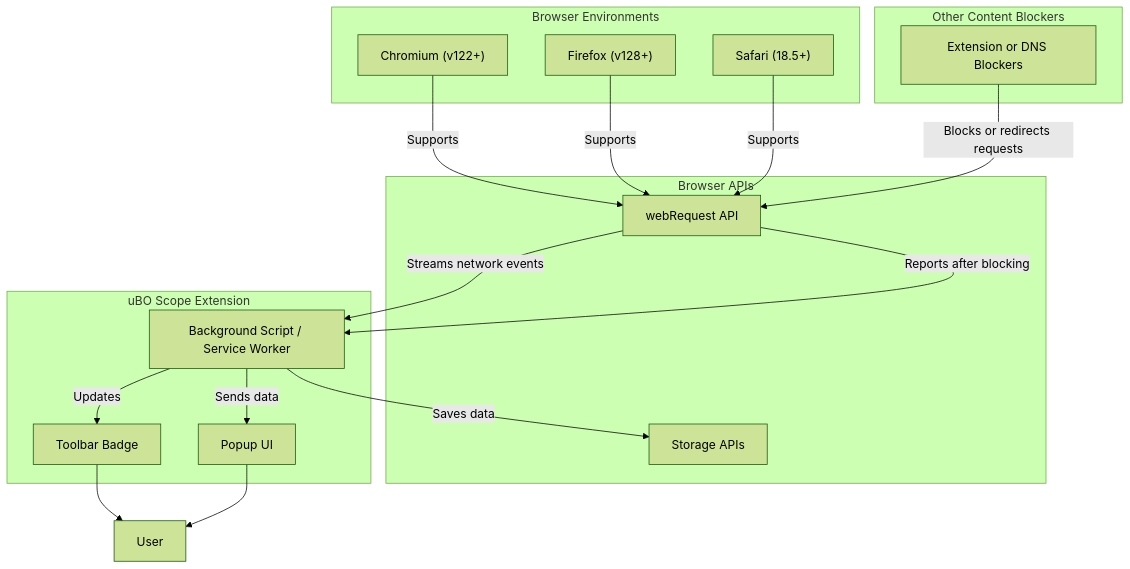
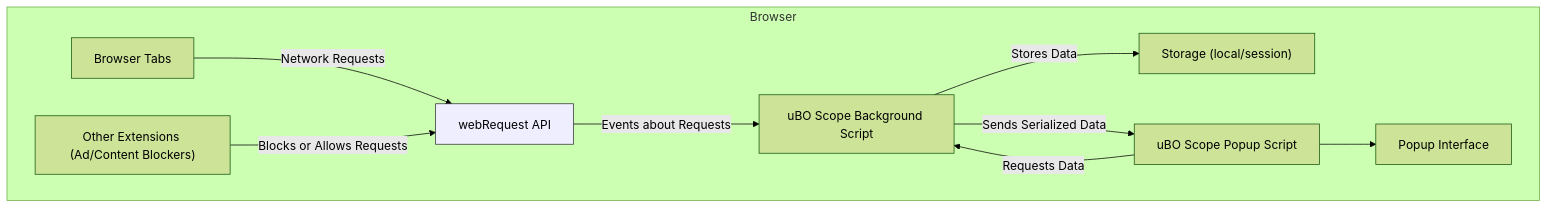
Before and after one commit to clidey/docucod-public-project-adf15a81-508f-4f0d-9083-12549e1f66a0: the diagram in overview/concepts-architecture/integration-and-compatibility.mdx, drawn with Mermaid (forest theme). The commit also changed other lines of this file and 16 other files, not shown here.

````diff
--- a/overview/concepts-architecture/integration-and-compatibility.mdx
+++ b/overview/concepts-architecture/integration-and-compatibility.mdx
@@ -174,41 +86,24 @@
 ```mermaid
-flowchart TD
-  subgraph "Browser Environments"
-    Chromium["Chromium (v122+)"]
-    Firefox["Firefox (v128+)"]
-    Safari["Safari (18.5+)"]
-  end
+graph TD
+    subgraph Browser
+        WRAPI["webRequest API"]
+        Tabs["Browser Tabs"]
+        Storage["Storage (local/session)"]
+        UI["Popup Interface"]
+        Ext_BG["uBO Scope Background Script"]
+        Ext_Popup["uBO Scope Popup Script"]
+        OtherExt["Other Extensions (Ad/Content Blockers)"]
+    end
 
-  subgraph "Browser APIs"
-    WebRequest["webRequest API"]
-    Storage["Storage APIs"]
-  end
+    Tabs -->|Network Requests| WRAPI
+    OtherExt -->|Blocks or Allows Requests| WRAPI
+    WRAPI -->|Events about Requests| Ext_BG
+    Ext_BG -->|Stores Data| Storage
+    Ext_Popup -->|Requests Data| Ext_BG
+    Ext_BG -->|Sends Serialized Data| Ext_Popup
+    Ext_Popup --> UI
 
-  subgraph "uBO Scope Extension"
-    Background["Background Script / Service Worker"]
-    PopupUI["Popup UI"]
-    Badge["Toolbar Badge"]
-  end
+    classDef api fill:#eef,stroke:#333,stroke-width:1px;
+    class WRAPI api;
 
-  Chromium -->|Supports| WebRequest
-  Firefox -->|Supports| WebRequest
-  Safari -->|Supports| WebRequest
-
-  WebRequest -->|Streams network events| Background
-  Background -->|Saves data| Storage
-  Background -->|Updates| Badge
-  Background -->|Sends data| PopupUI
-
-  Badge --> User["User"]
-  PopupUI --> User
-
-  subgraph "Other Content Blockers"
-    ContentBlocker["Extension or DNS Blockers"]
-  end
-
-  ContentBlocker -->|Blocks or redirects requests| WebRequest
-  WebRequest -->|Reports after blocking| Background
-
-  classDef boxStyle fill:#f9f9f9,stroke:#333,stroke-width:1px
-  class BrowserEnvironments,BrowserAPIs,uBOExtension,OtherContentBlockers boxStyle
 ```
````
